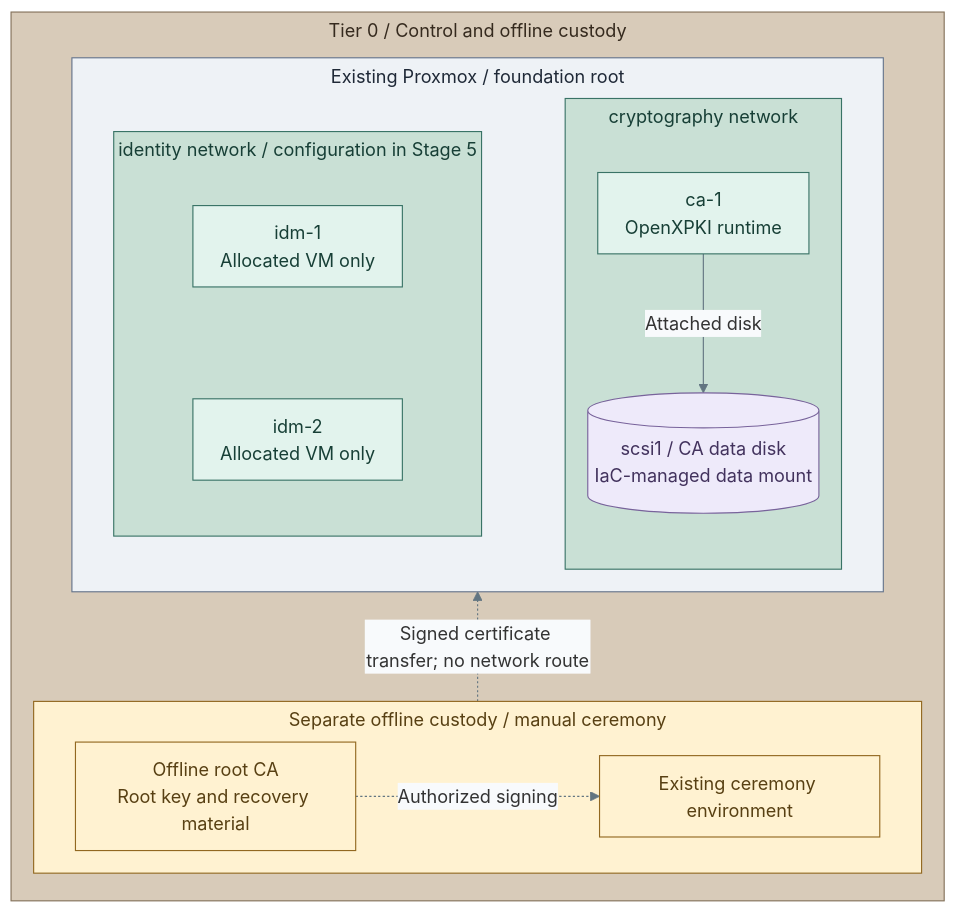
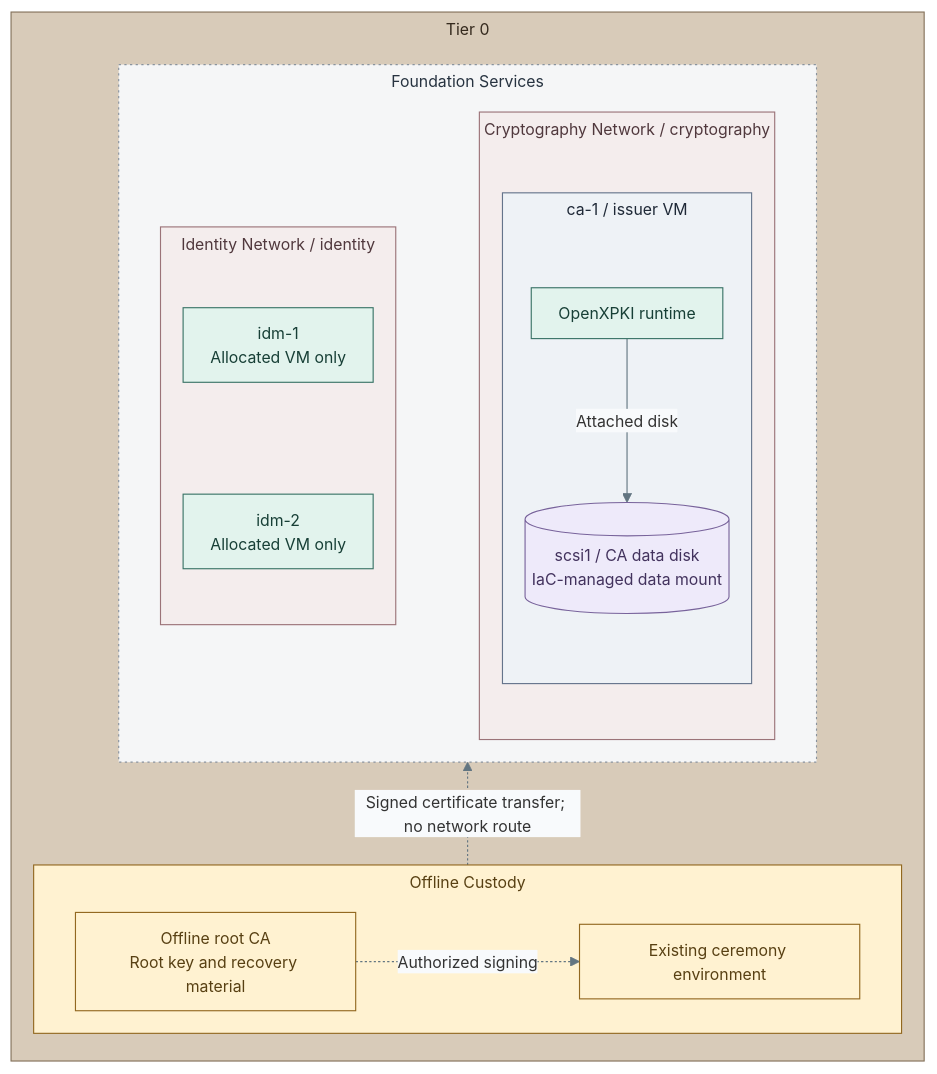
The diagram in docs/03-deployment/stage-3-trust/README.md (Rexus/homelab), drawn with Mermaid before and after one commit. The commit also changed other lines of this file and 124 other files, not shown here.

First line of the commit message:
fix(platform): align service diagrams and directory failover

````diff
--- a/docs/03-deployment/stage-3-trust/README.md
+++ b/docs/03-deployment/stage-3-trust/README.md
@@ -9,43 +9,48 @@
 ```mermaid
-%%{init: {"theme":"base","flowchart":{"nodeSpacing":20,"rankSpacing":24,"padding":12,"subGraphTitleMargin":{"top":4,"bottom":12}},"themeVariables":{"lineColor":"#627581","edgeLabelBackground":"#f8fafc"}}}%%
+%%{init: {"theme":"base","flowchart":{"nodeSpacing":20,"rankSpacing":24,"padding":12,"subGraphTitleMargin":{"top":4,"bottom":18}},"themeVariables":{"lineColor":"#627581","edgeLabelBackground":"#f8fafc","fontFamily":"Arial, sans-serif","fontSize":"14px"},"fontFamily":"Arial, sans-serif"}}%%
 flowchart BT
-  subgraph T0["Tier 0 / Control and offline custody"]
+  subgraph T0["Tier 0"]
     direction BT
-    subgraph Offline["Separate offline custody / manual ceremony"]
+    subgraph Offline["Offline Custody"]
       direction LR
       Root["Offline root CA<br/>Root key and recovery material"]
       Ceremony["Existing ceremony environment"]
       Root -. Authorized signing .-> Ceremony
     end
-    subgraph PVE["Existing Proxmox / foundation root"]
+    subgraph Foundation["Foundation Services"]
       direction LR
-      subgraph Identity["identity network / configuration in Stage 5"]
+      subgraph Identity["Identity Network / identity"]
         direction TB
         Primary["idm-1<br/>Allocated VM only"]
         Replica["idm-2<br/>Allocated VM only"]
         Primary ~~~ Replica
       end
-      subgraph Crypto["cryptography network"]
+      subgraph Crypto["Cryptography Network / cryptography"]
         direction TB
-        Issuer["ca-1<br/>OpenXPKI runtime"]
-        Data[("scsi1 / CA data disk<br/>IaC-managed data mount")]
-        Issuer -->|Attached disk| Data
+        subgraph VM["ca-1 / issuer VM"]
+          Issuer["OpenXPKI runtime"]
+          Data[("scsi1 / CA data disk<br/>IaC-managed data mount")]
+          Issuer -->|Attached disk| Data
+        end
       end
       Identity ~~~ Crypto
     end
-    Offline -. "Signed certificate transfer; no network route" .-> PVE
+    Offline -. "Signed certificate transfer; no network route" .-> Foundation
   end
   classDef default fill:#f8fafc,stroke:#64748b,color:#1f2937
   classDef boundary fill:#eef2f6,stroke:#64748b,color:#1f2937
   classDef custody fill:#fff2d1,stroke:#926820,color:#584013
   classDef control fill:#e2f3ed,stroke:#397366,color:#173f36
   classDef data fill:#eeeafa,stroke:#78639b,color:#42325d
-  class PVE boundary
+  class VM boundary
+  classDef group fill:#f5f6f7,stroke:#89939e,color:#273340,stroke-dasharray:2 3
+  class Foundation group
   class Offline,Root,Ceremony custody
   class Issuer,Primary,Replica control
   class Data data
   classDef tier0 fill:#d8cbb9,stroke:#83715a,color:#352a1e
   class T0 tier0
   classDef zoneControl fill:#c9e0d5,stroke:#397366,color:#173f36
-  class Identity,Crypto zoneControl
+  classDef network fill:#f4eded,stroke:#9b7378,color:#50383d
+  class Identity,Crypto network
 ```
````
